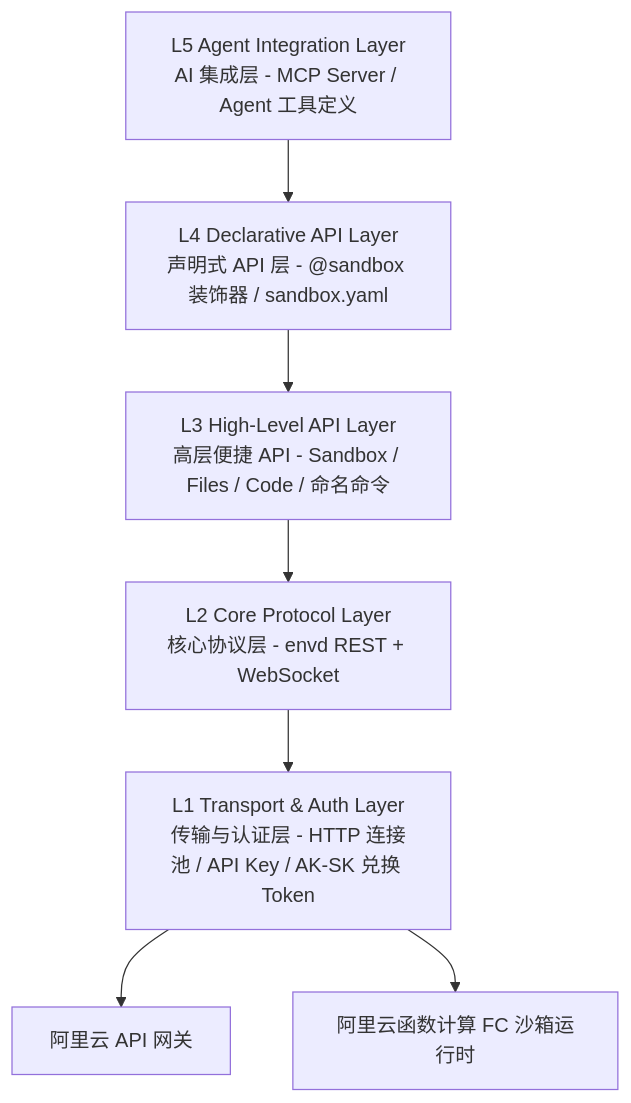
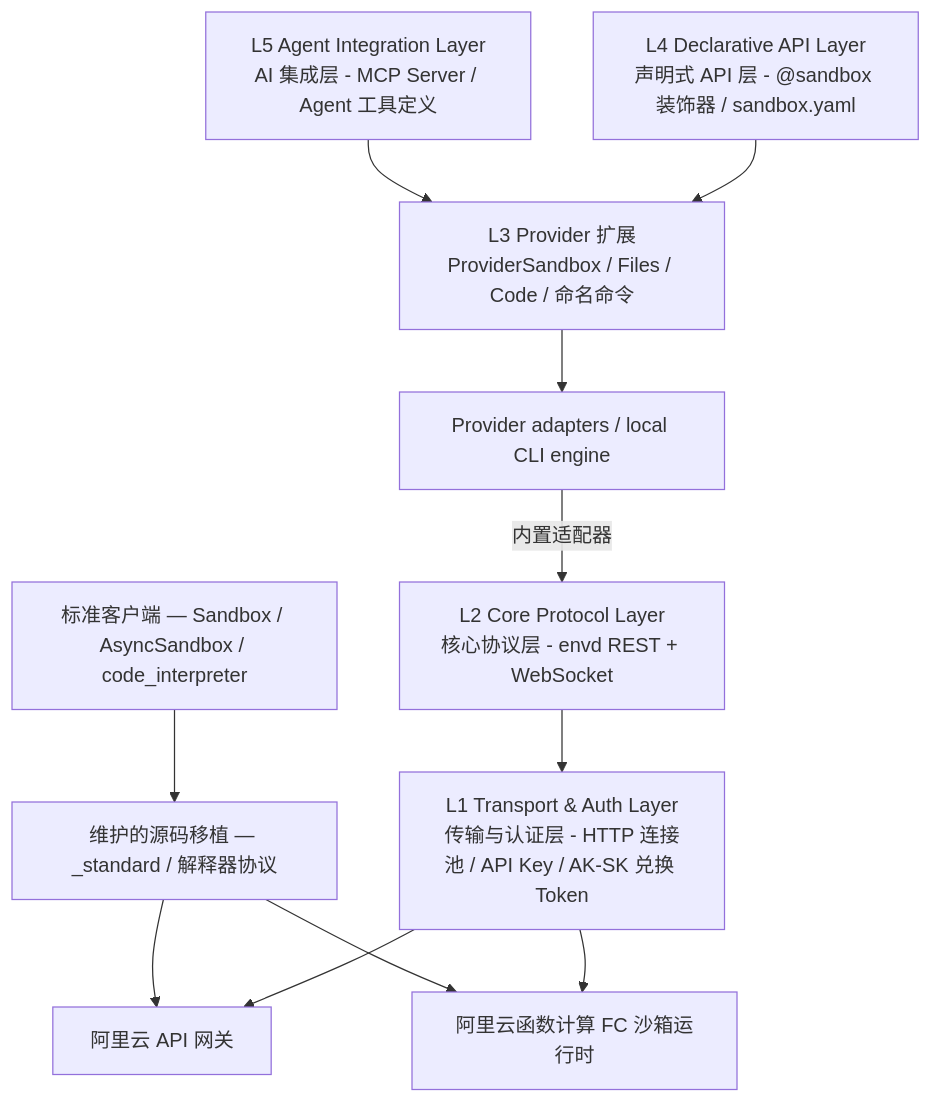
Before and after one commit to Alibaba-Agent-Sandbox/python-sdk: the first of 2 diagrams in docs/zh/design/architecture.md, drawn with Mermaid. The commit also changed other lines of this file and 14 other files, not shown here.

````diff
--- a/docs/zh/design/architecture.md
+++ b/docs/zh/design/architecture.md
@@ -9,17 +11,24 @@
 ```mermaid
 graph TD
     L5["L5 Agent Integration Layer<br/>AI 集成层 - MCP Server / Agent 工具定义"]
     L4["L4 Declarative API Layer<br/>声明式 API 层 - @sandbox 装饰器 / sandbox.yaml"]
-    L3["L3 High-Level API Layer<br/>高层便捷 API - Sandbox / Files / Code / 命名命令"]
+    STD["标准客户端 — Sandbox / AsyncSandbox / code_interpreter"]
+    PORT["维护的源码移植 — _standard / 解释器协议"]
+    L3["L3 Provider 扩展<br/>ProviderSandbox / Files / Code / 命名命令"]
     L2["L2 Core Protocol Layer<br/>核心协议层 - envd REST + WebSocket"]
     L1["L1 Transport & Auth Layer<br/>传输与认证层 - HTTP 连接池 / API Key / AK-SK 兑换 Token"]
     GW["阿里云 API 网关"]
     FC["阿里云函数计算 FC 沙箱运行时"]
 
-    L5 --> L4
+    STD --> PORT
+    PORT --> GW
+    PORT --> FC
+    L5 --> L3
     L4 --> L3
-    L3 --> L2
+    PRV["Provider adapters / local CLI engine"]
+    L3 --> PRV
+    PRV -->|内置适配器| L2
     L2 --> L1
     L1 --> GW
     L1 --> FC
 ```
````
